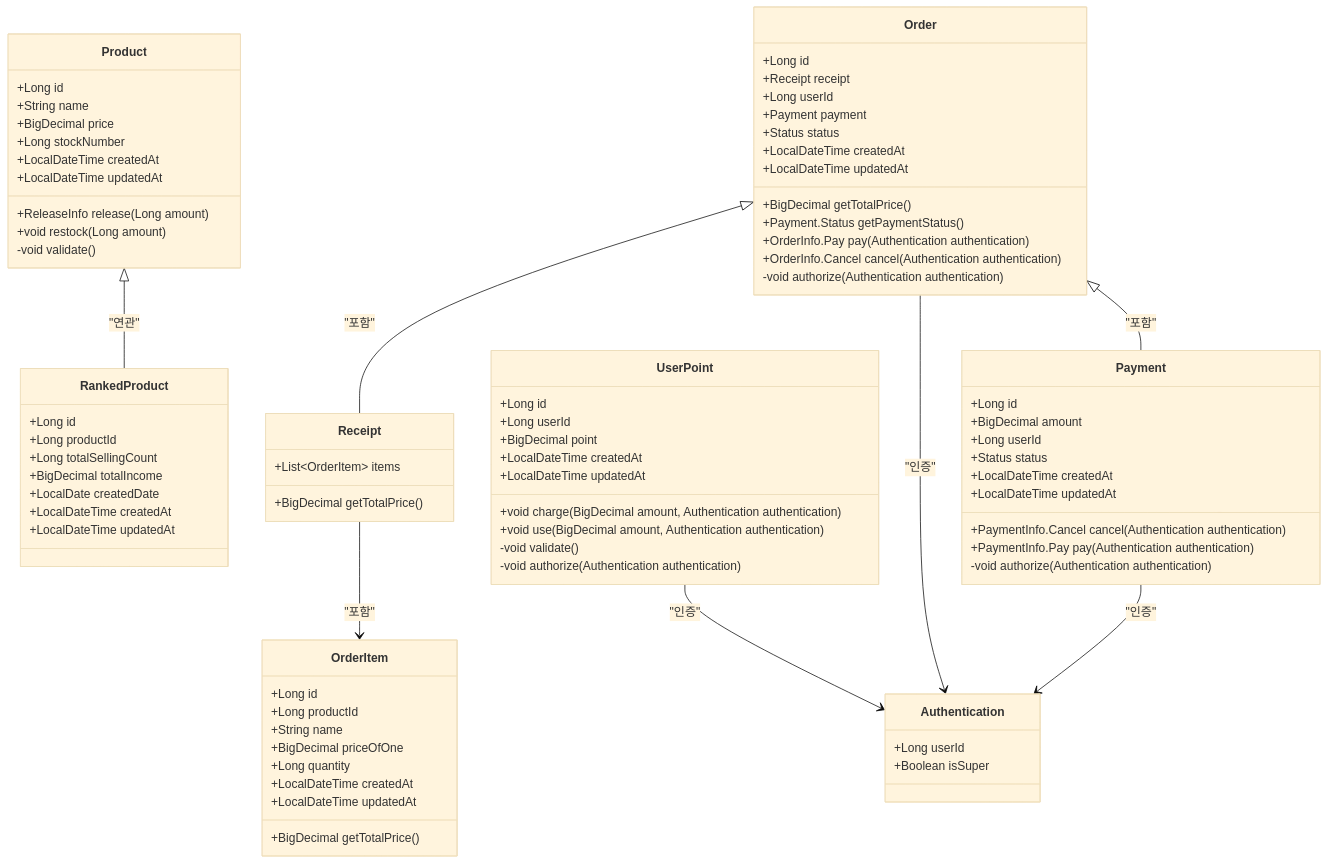
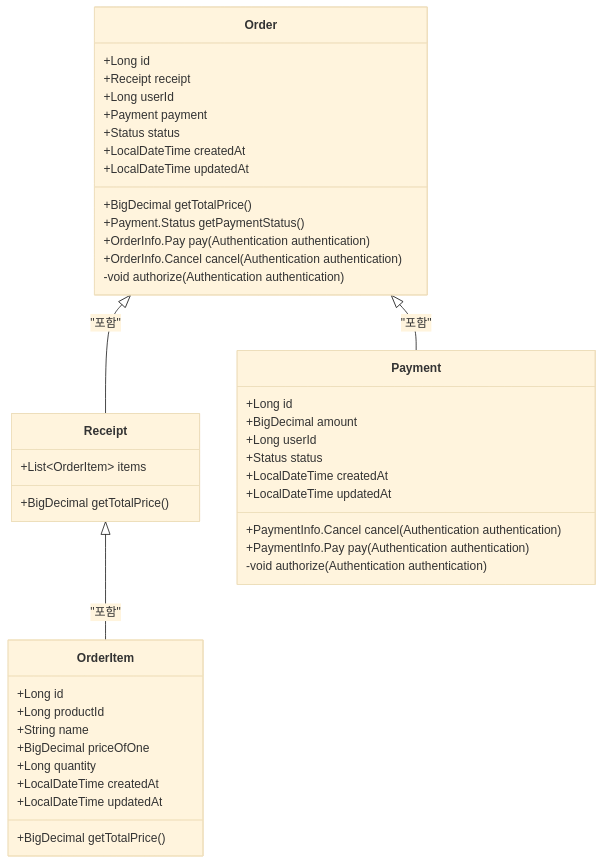
One commit to jsween5723/commerce changed the first of 4 diagrams in docs/class/readme.md. Above: the diagram before and after it, drawn with Mermaid (base theme). The commit also changed 1 other file, not shown here.

Commit message:
docs(class, er): 정리

````diff
--- a/docs/class/readme.md
+++ b/docs/class/readme.md
@@ -1,37 +3,5 @@
 ```mermaid
 classDiagram
-    class Product {
-        +Long id
-        +String name
-        +BigDecimal price
-        +Long stockNumber
-        +LocalDateTime createdAt
-        +LocalDateTime updatedAt
-        +ReleaseInfo release(Long amount)
-        +void restock(Long amount)
-        -void validate()
-    }
-
-    class RankedProduct {
-        +Long id
-        +Long productId
-        +Long totalSellingCount
-        +BigDecimal totalIncome
-        +LocalDate createdDate
-        +LocalDateTime createdAt
-        +LocalDateTime updatedAt
-    }
-    class UserPoint {
-        +Long id
-        +Long userId
-        +BigDecimal point
-        +LocalDateTime createdAt
-        +LocalDateTime updatedAt
-        +void charge(BigDecimal amount, Authentication authentication)
-        +void use(BigDecimal amount, Authentication authentication)
-        -void validate()
-        -void authorize(Authentication authentication)
-    }
     class Order {
         +Long id
         +Receipt receipt
@@ -71,16 +41,7 @@
         +PaymentInfo.Pay pay(Authentication authentication)
         -void authorize(Authentication authentication)
     }
-    class Authentication {
-        +Long userId
-        +Boolean isSuper
-    }
-
-    Product <|-- RankedProduct: "연관"
     Order <|-- Receipt: "포함"
     Order <|-- Payment: "포함"
-    Receipt --> OrderItem: "포함"
-    UserPoint --> Authentication: "인증"
-    Order --> Authentication: "인증"
-    Payment --> Authentication: "인증"
+    Receipt <|-- OrderItem: "포함"
 ```
````
